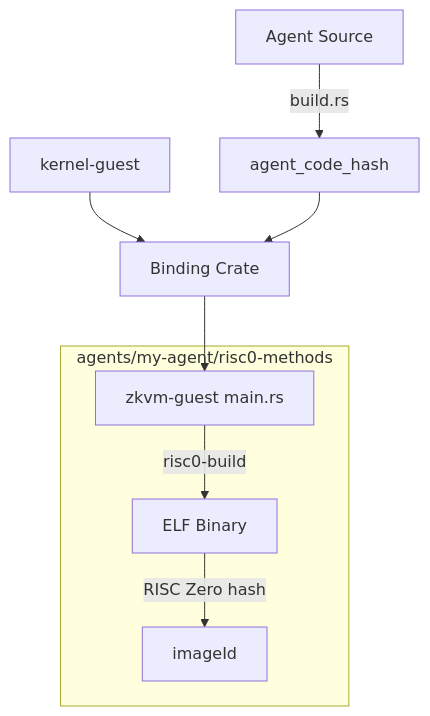
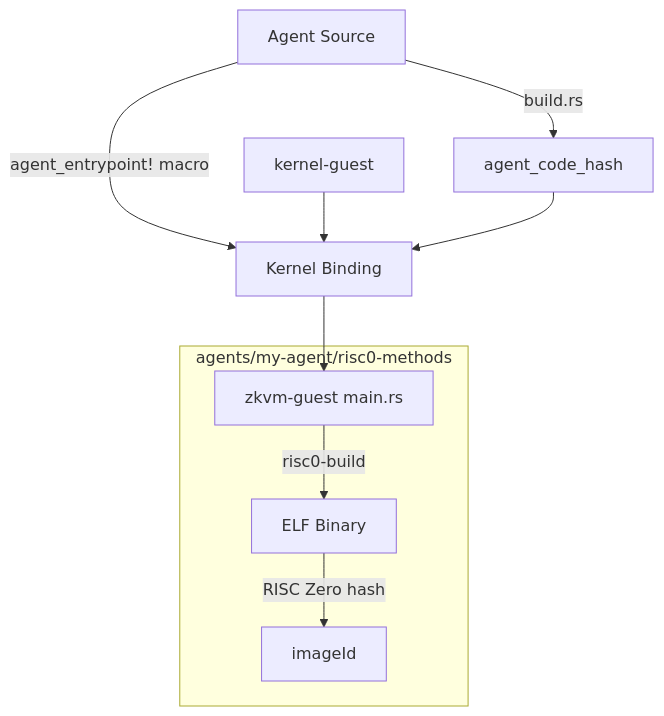
One commit to Mehd1b/Tokamak-AI-Layer changed the first of 2 diagrams in execution-kernel/docs/docs/guest-program/risc0-build-pipeline.md. Above: the diagram before and after it, drawn with Mermaid. The commit also changed other lines of this file and 69 other files, not shown here.

````diff
--- a/execution-kernel/docs/docs/guest-program/risc0-build-pipeline.md
+++ b/execution-kernel/docs/docs/guest-program/risc0-build-pipeline.md
@@ -12,15 +12,16 @@
 ```mermaid
 flowchart TD
     A[Agent Source] -->|build.rs| B[agent_code_hash]
-    C[kernel-guest] --> D[Binding Crate]
-    B --> D
-    D --> E[zkvm-guest main.rs]
+    A -->|agent_entrypoint! macro| C[Kernel Binding]
+    D[kernel-guest] --> C
+    B --> C
+    C --> E[zkvm-guest main.rs]
     E -->|risc0-build| F[ELF Binary]
     F -->|RISC Zero hash| G[imageId]
 
     subgraph "agents/my-agent/risc0-methods"
         E
         F
         G
     end
 ```
````
